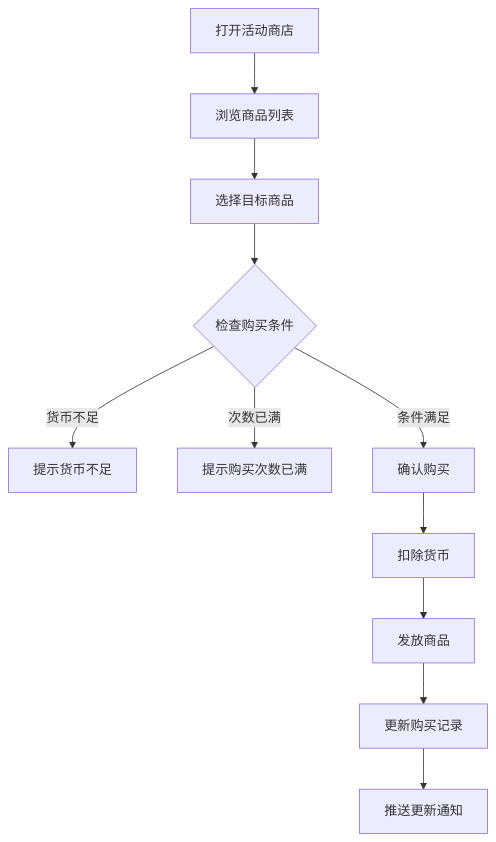
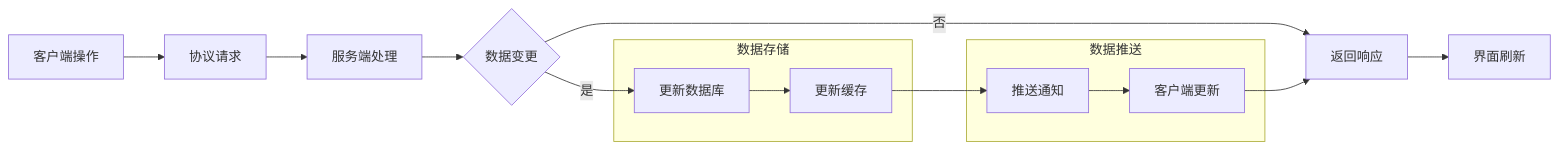
Before and after one commit to Alan-Ben/k2c_game_framework: diagram 11 of 15 in docs/Module_Activity/05_完整说明.md, drawn with Mermaid. The commit also changed other lines of this file and 75 other files, not shown here.

````diff
--- a/docs/Module_Activity/05_完整说明.md
+++ b/docs/Module_Activity/05_完整说明.md
@@ -154,13 +616,26 @@
 ```mermaid
-flowchart TD
-    A[打开活动商店] --> B[浏览商品列表]
-    B --> C[选择目标商品]
-    C --> D{检查购买条件}
-    D -->|货币不足| E[提示货币不足]
-    D -->|次数已满| F[提示购买次数已满]
-    D -->|条件满足| G[确认购买]
-    G --> H[扣除货币]
-    H --> I[发放商品]
-    I --> J[更新购买记录]
-    J --> K[推送更新通知]
+flowchart LR
+    A[客户端操作] --> B[协议请求]
+    B --> C[服务端处理]
+    
+    C --> D{数据变更}
+    D -->|是| E[更新数据库]
+    D -->|否| F[返回响应]
+    
+    E --> G[更新缓存]
+    G --> H[推送通知]
+    H --> I[客户端更新]
+    I --> F
+    
+    F --> J[界面刷新]
+    
+    subgraph 数据存储
+        E
+        G
+    end
+    
+    subgraph 数据推送
+        H
+        I
+    end
 ```
````
